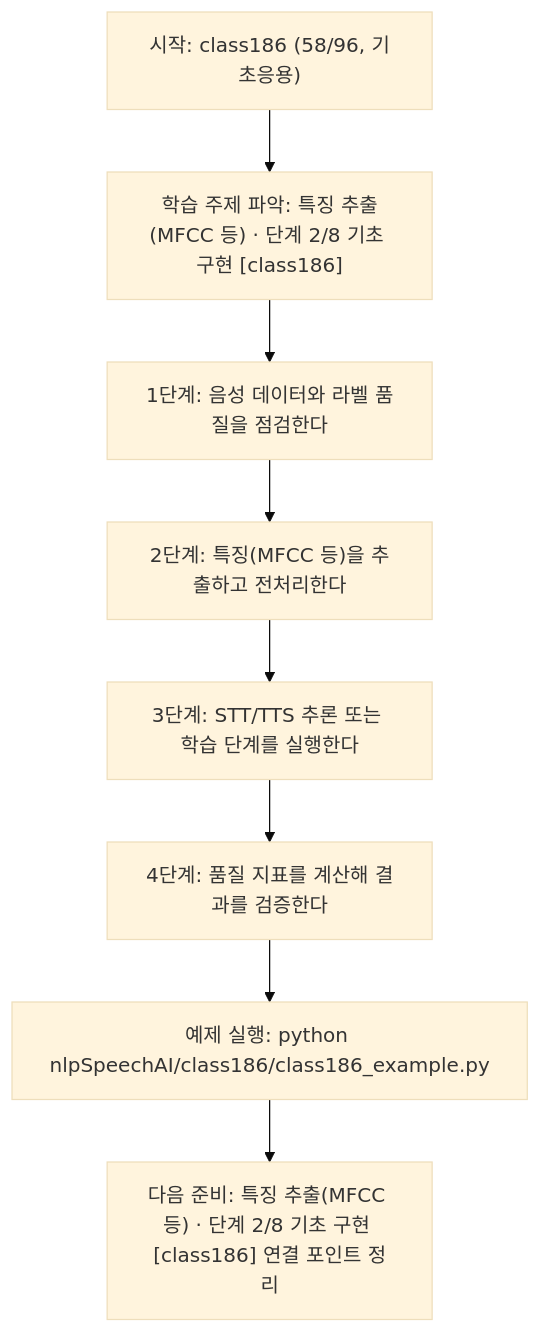
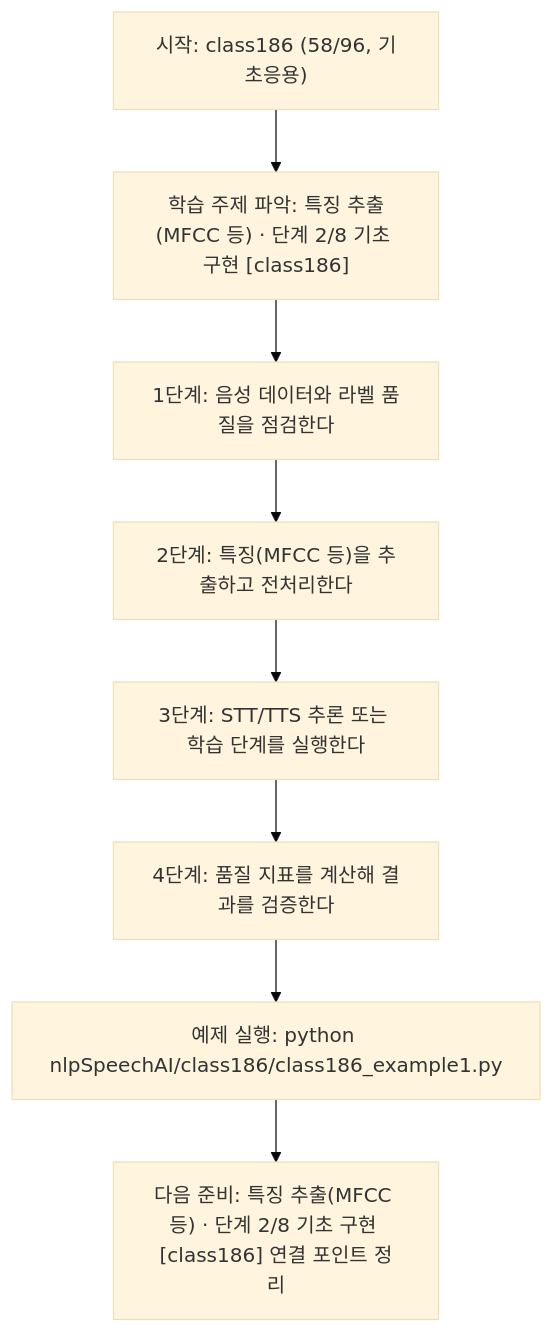
Before and after one commit to edumgt/Python-AI_Agent-Class: the diagram in nlpSpeechAI/class186/class186.md, drawn with Mermaid (base theme). The commit also changed other lines of this file and 2959 other files, not shown here.

````diff
--- a/nlpSpeechAI/class186/class186.md
+++ b/nlpSpeechAI/class186/class186.md
@@ -114,18 +114,18 @@
 ```mermaid
 flowchart TD
 N1["시작: class186 (58/96, 기초응용)"]
 N2["학습 주제 파악: 특징 추출(MFCC 등) · 단계 2/8 기초 구현 [class186]"]
 N3["1단계: 음성 데이터와 라벨 품질을 점검한다"]
 N4["2단계: 특징(MFCC 등)을 추출하고 전처리한다"]
 N5["3단계: STT/TTS 추론 또는 학습 단계를 실행한다"]
 N6["4단계: 품질 지표를 계산해 결과를 검증한다"]
-N7["예제 실행: python nlpSpeechAI/class186/class186_example.py"]
+N7["예제 실행: python nlpSpeechAI/class186/class186_example1.py"]
 N8["다음 준비: 특징 추출(MFCC 등) · 단계 2/8 기초 구현 [class186] 연결 포인트 정리"]
 N1 --> N2
 N2 --> N3
 N3 --> N4
 N4 --> N5
 N5 --> N6
 N6 --> N7
 N7 --> N8
 ```
````
